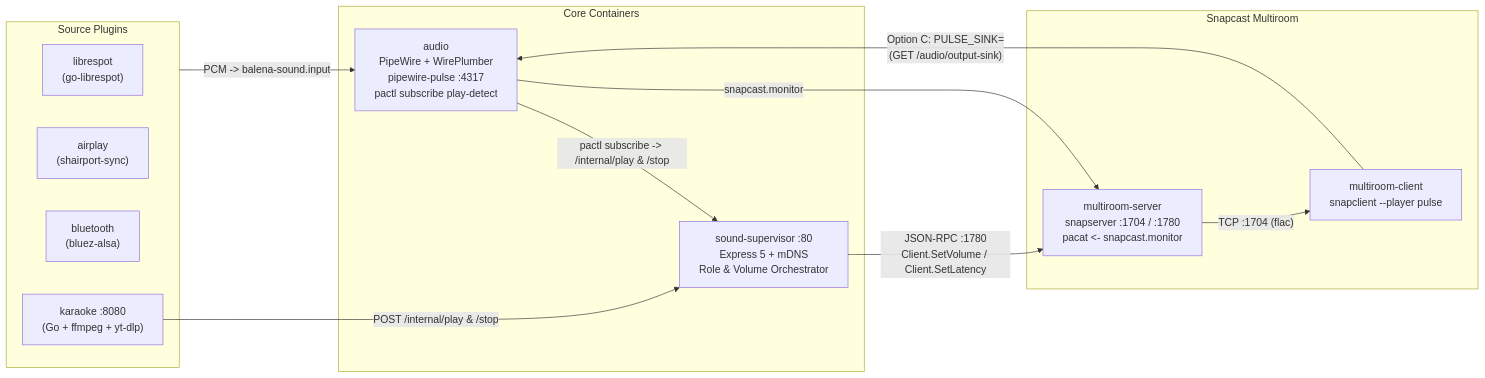
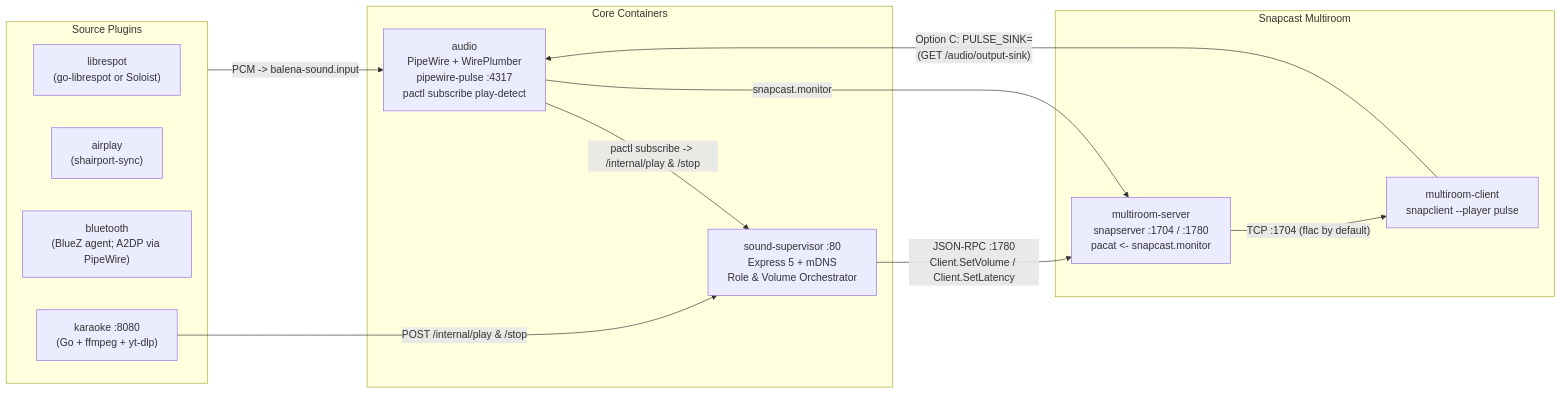
Before and after one commit to JaragonCR/iotsound: the diagram in AGENTS.md, drawn with Mermaid. The commit also changed other lines of this file and 21 other files, not shown here.

````diff
--- a/AGENTS.md
+++ b/AGENTS.md
@@ -23,27 +23,27 @@
 ```mermaid
 flowchart LR
   subgraph Sources["Source Plugins"]
-    Spotify["librespot\n(go-librespot)"]
+    Spotify["librespot\n(go-librespot or Soloist)"]
     AirPlay["airplay\n(shairport-sync)"]
-    Bluetooth["bluetooth\n(bluez-alsa)"]
+    Bluetooth["bluetooth\n(BlueZ agent; A2DP via PipeWire)"]
     Karaoke["karaoke :8080\n(Go + ffmpeg + yt-dlp)"]
   end
 
   subgraph Core["Core Containers"]
     Audio["audio\nPipeWire + WirePlumber\npipewire-pulse :4317\npactl subscribe play-detect"]
     Supervisor["sound-supervisor :80\nExpress 5 + mDNS\nRole & Volume Orchestrator"]
   end
 
   subgraph Multiroom["Snapcast Multiroom"]
     Server["multiroom-server\nsnapserver :1704 / :1780\npacat <- snapcast.monitor"]
     Client["multiroom-client\nsnapclient --player pulse"]
   end
 
   Sources -->|"PCM -> balena-sound.input"| Audio
   Karaoke -->|"POST /internal/play & /stop"| Supervisor
   Audio -->|"pactl subscribe -> /internal/play & /stop"| Supervisor
   Audio -->|"snapcast.monitor"| Server
-  Server -->|"TCP :1704 (flac)"| Client
+  Server -->|"TCP :1704 (flac by default)"| Client
   Client -->|"Option C: PULSE_SINK=<HW_SINK>\n(GET /audio/output-sink)"| Audio
   Supervisor -->|"JSON-RPC :1780\nClient.SetVolume / Client.SetLatency"| Server
 ```
````
